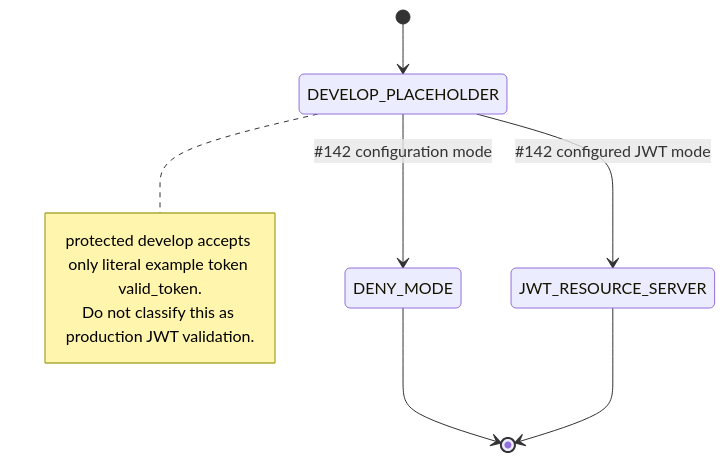
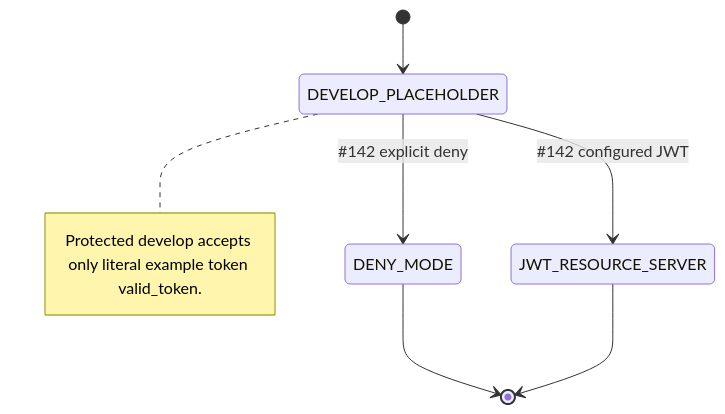
One commit to ContextualWisdomLab/mightyETL changed the ninth of 16 diagrams in docs/UML.md. Above: the diagram before and after it, drawn with Mermaid. The commit also changed other lines of this file, not shown here.

Commit message:
docs: add identity recovery DLT and release UML

````diff
--- a/docs/UML.md
+++ b/docs/UML.md
@@ -211,13 +199,12 @@
 ```mermaid
 stateDiagram-v2
     [*] --> DEVELOP_PLACEHOLDER
-    DEVELOP_PLACEHOLDER --> DENY_MODE: #142 configuration mode
-    DEVELOP_PLACEHOLDER --> JWT_RESOURCE_SERVER: #142 configured JWT mode
+    DEVELOP_PLACEHOLDER --> DENY_MODE: #142 explicit deny
+    DEVELOP_PLACEHOLDER --> JWT_RESOURCE_SERVER: #142 configured JWT
     DENY_MODE --> [*]
     JWT_RESOURCE_SERVER --> [*]
 
     note right of DEVELOP_PLACEHOLDER
-      protected develop accepts only literal example token valid_token.
-      Do not classify this as production JWT validation.
+      Protected develop accepts only literal example token valid_token.
     end note
 ```
````
